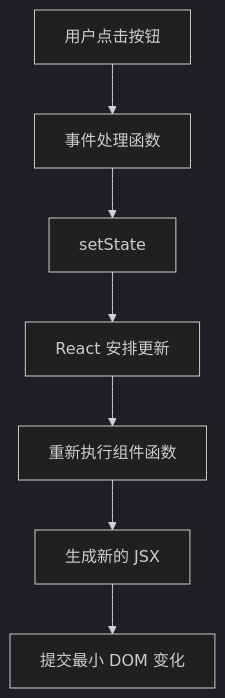
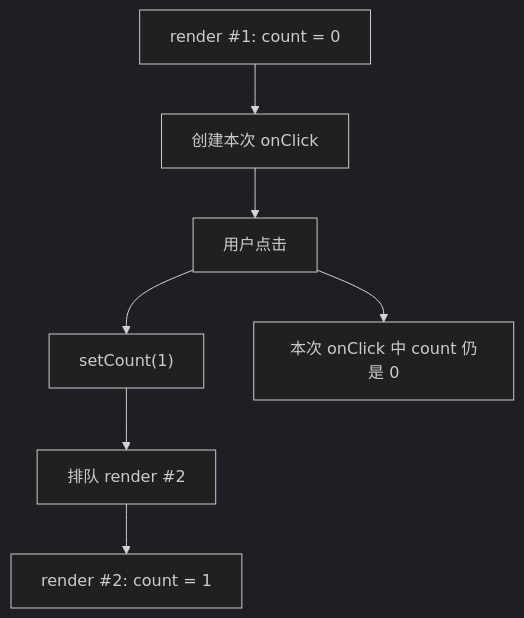
The sixth of 19 diagrams in docs/react/visual-guide.md (yokry-he/yok-study-web), drawn with Mermaid (dark theme) before and after one commit. The commit also changed other lines of this file and 14 other files, not shown here.

````diff
--- a/docs/react/visual-guide.md
+++ b/docs/react/visual-guide.md
@@ -53,9 +174,9 @@
 ```mermaid
 flowchart TD
-  A[用户点击按钮] --> B[事件处理函数]
-  B --> C[setState]
-  C --> D[React 安排更新]
-  D --> E[重新执行组件函数]
-  E --> F[生成新的 JSX]
-  F --> G[提交最小 DOM 变化]
+  A["render #1: count = 0"] --> B["创建本次 onClick"]
+  B --> C["用户点击"]
+  C --> D["setCount(1)"]
+  D --> E["排队 render #2"]
+  C --> F["本次 onClick 中 count 仍是 0"]
+  E --> G["render #2: count = 1"]
 ```
````
